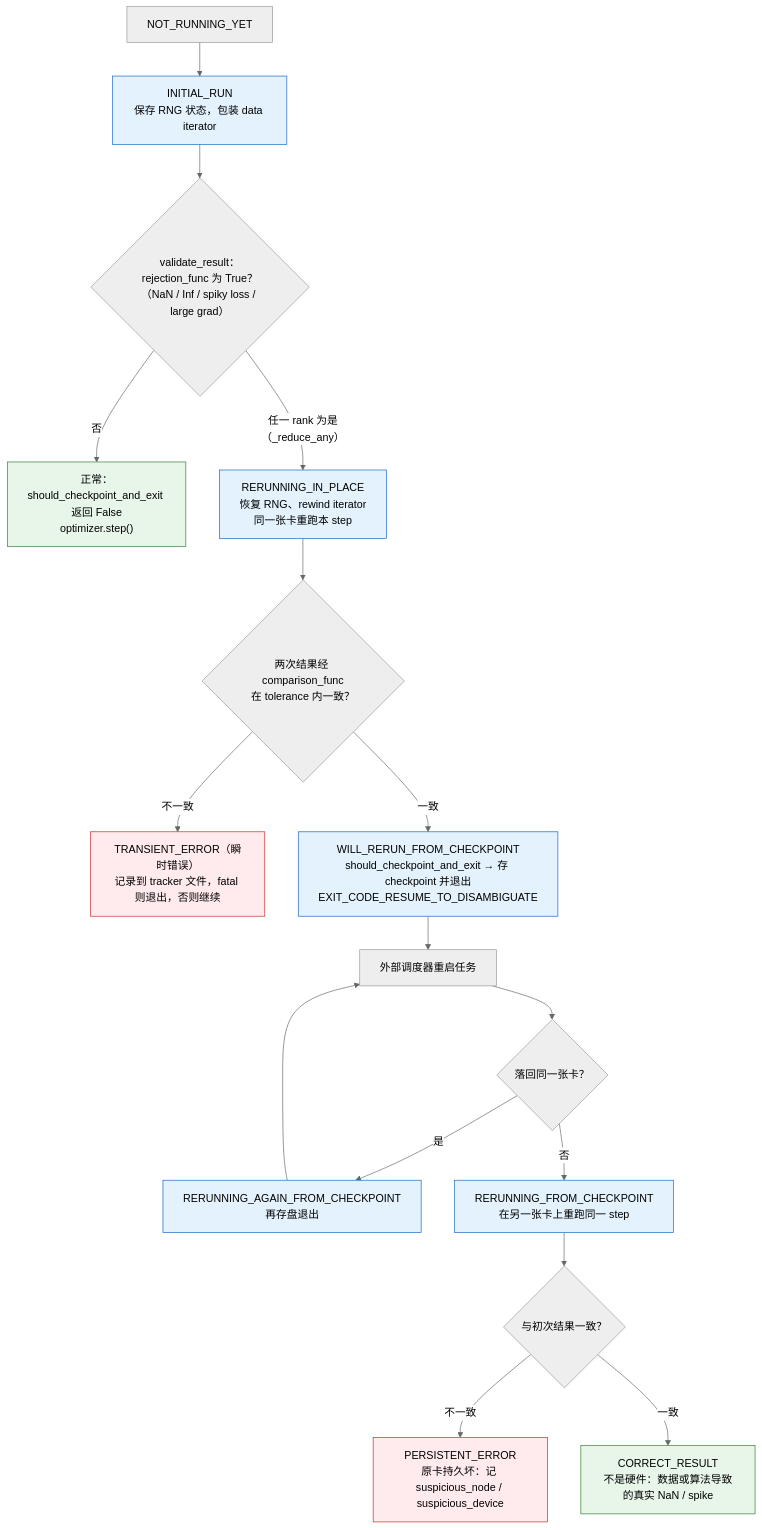
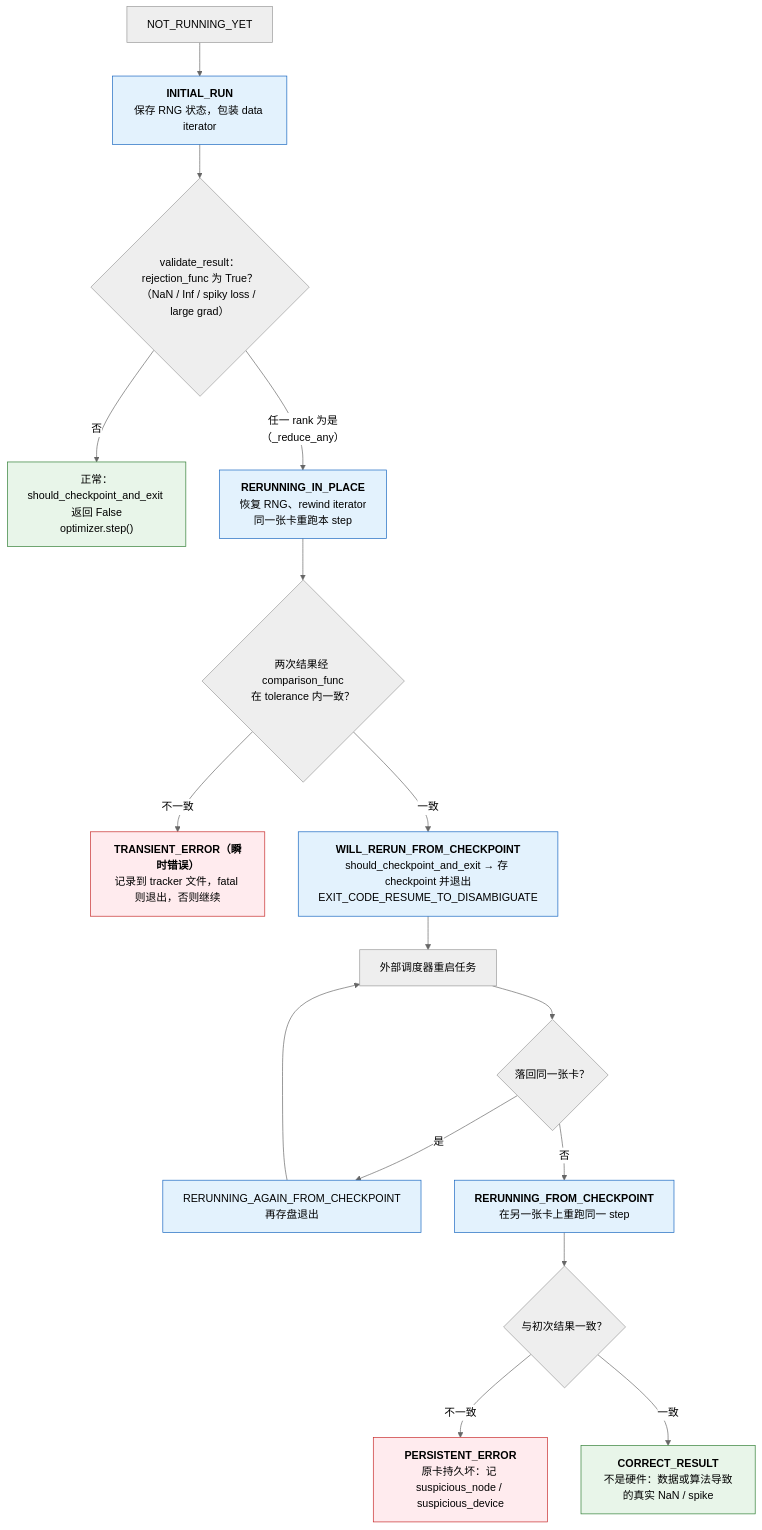
One commit to arganzheng/arganzheng.github.com changed the fifth of 5 diagrams in _posts/2026-07-25-fault-tolerance-and-elastic-training.md. Above: the diagram before and after it, drawn with Mermaid (neutral theme). The commit also changed other lines of this file and 8 other files, not shown here.

First line of the commit message:
大规模训练工程：从并行策略到容错恢复：Mermaid 多行方框的首行标为标题（9 篇）

````diff
--- a/_posts/2026-07-25-fault-tolerance-and-elastic-training.md
+++ b/_posts/2026-07-25-fault-tolerance-and-elastic-training.md
@@ -723,24 +723,24 @@
 ```mermaid
 %% 图：RerunStateMachine 的状态转移：原地重跑比对一次，换卡重跑再比对一次，得出瞬时错误、持久错误或结果可疑
 flowchart TB
-    S0["NOT_RUNNING_YET"] --> S1["INITIAL_RUN<br/>保存 RNG 状态，包装 data iterator"]
+    S0["NOT_RUNNING_YET"] --> S1["<b>INITIAL_RUN</b><br/>保存 RNG 状态，包装 data iterator"]
     S1 --> V{"validate_result：rejection_func 为 True？<br/>（NaN / Inf / spiky loss / large grad）"}
     V -->|"否"| OK["正常：should_checkpoint_and_exit 返回 False<br/>optimizer.step()"]
-    V -->|"任一 rank 为是（_reduce_any）"| S2["RERUNNING_IN_PLACE<br/>恢复 RNG、rewind iterator<br/>同一张卡重跑本 step"]
+    V -->|"任一 rank 为是（_reduce_any）"| S2["<b>RERUNNING_IN_PLACE</b><br/>恢复 RNG、rewind iterator<br/>同一张卡重跑本 step"]
     S2 --> C1{"两次结果经 comparison_func<br/>在 tolerance 内一致？"}
-    C1 -->|"不一致"| TR["TRANSIENT_ERROR（瞬时错误）<br/>记录到 tracker 文件，fatal 则退出，否则继续"]
-    C1 -->|"一致"| S3["WILL_RERUN_FROM_CHECKPOINT<br/>should_checkpoint_and_exit → 存 checkpoint 并退出<br/>EXIT_CODE_RESUME_TO_DISAMBIGUATE"]
+    C1 -->|"不一致"| TR["<b>TRANSIENT_ERROR（瞬时错误）</b><br/>记录到 tracker 文件，fatal 则退出，否则继续"]
+    C1 -->|"一致"| S3["<b>WILL_RERUN_FROM_CHECKPOINT</b><br/>should_checkpoint_and_exit → 存 checkpoint 并退出<br/>EXIT_CODE_RESUME_TO_DISAMBIGUATE"]
     S3 --> SCHED["外部调度器重启任务"]
     SCHED --> SAME{"落回同一张卡？"}
     SAME -->|"是"| AGAIN["RERUNNING_AGAIN_FROM_CHECKPOINT<br/>再存盘退出"] --> SCHED
-    SAME -->|"否"| S4["RERUNNING_FROM_CHECKPOINT<br/>在另一张卡上重跑同一 step"]
+    SAME -->|"否"| S4["<b>RERUNNING_FROM_CHECKPOINT</b><br/>在另一张卡上重跑同一 step"]
     S4 --> C2{"与初次结果一致？"}
-    C2 -->|"不一致"| PE["PERSISTENT_ERROR<br/>原卡持久坏：记 suspicious_node / suspicious_device"]
-    C2 -->|"一致"| CR["CORRECT_RESULT<br/>不是硬件：数据或算法导致的真实 NaN / spike"]
+    C2 -->|"不一致"| PE["<b>PERSISTENT_ERROR</b><br/>原卡持久坏：记 suspicious_node / suspicious_device"]
+    C2 -->|"一致"| CR["<b>CORRECT_RESULT</b><br/>不是硬件：数据或算法导致的真实 NaN / spike"]
     classDef ok fill:#e8f5e9,stroke:#2e7d32;
     classDef bad fill:#ffebee,stroke:#c62828;
     classDef st fill:#e3f2fd,stroke:#1565c0;
     class OK,CR ok;
     class TR,PE bad;
     class S1,S2,S3,S4,AGAIN st;
 ```
````
